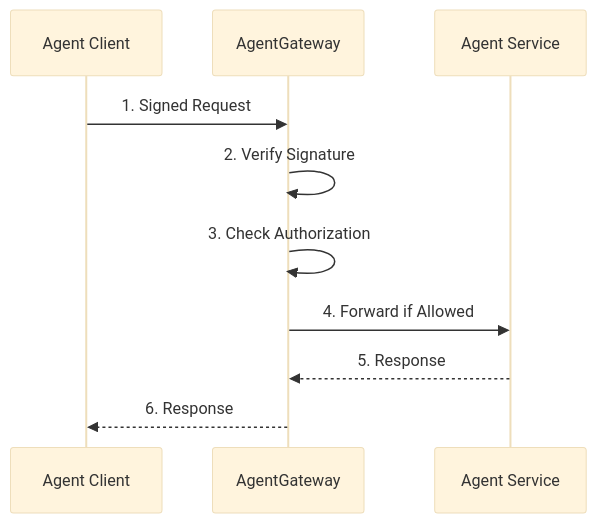
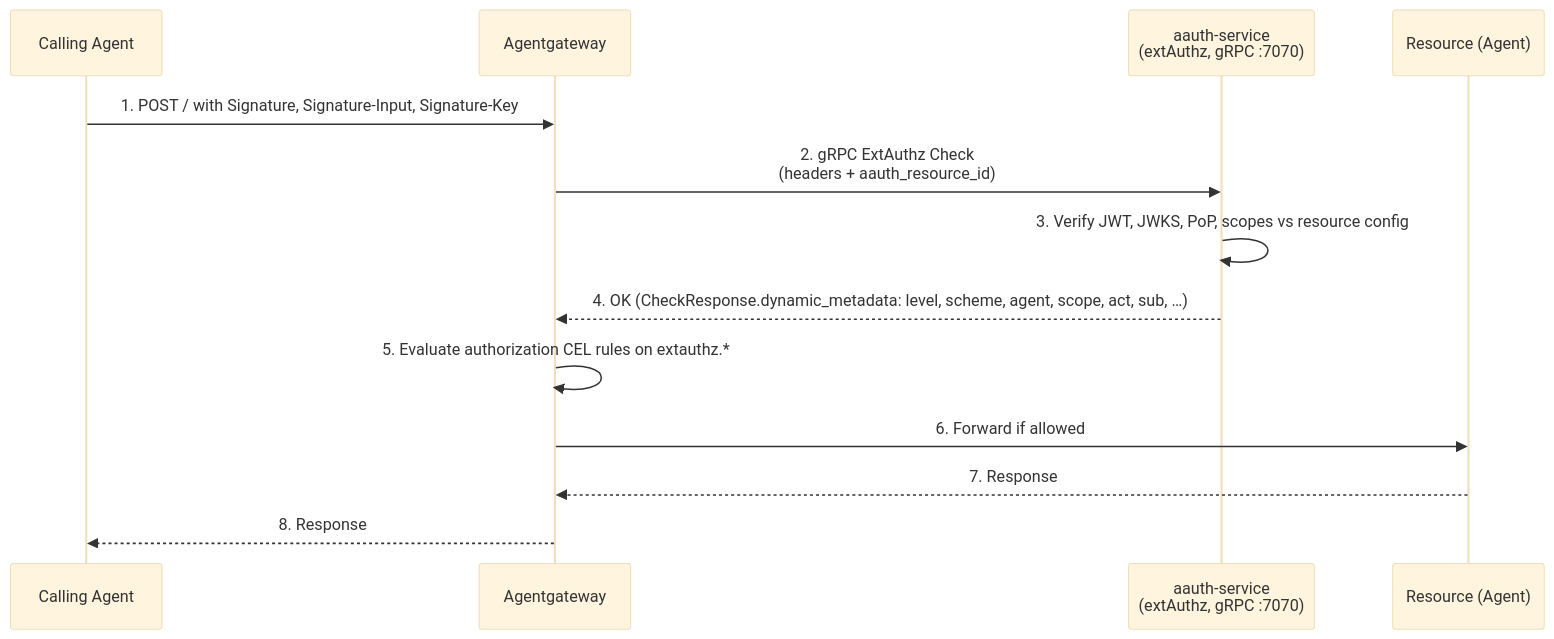
Before and after one commit to christian-posta/aauth-full-demo: the diagram in docs/apply-policy-agentgateway.md, drawn with Mermaid (base theme). The commit also changed other lines of this file, not shown here.

````diff
--- a/docs/apply-policy-agentgateway.md
+++ b/docs/apply-policy-agentgateway.md
@@ -23,13 +30,16 @@
 ```mermaid
 sequenceDiagram
-    participant Client as Agent Client
-    participant AGW as AgentGateway
-    participant Backend as Agent Service
-    
-    Client->>AGW: 1. Signed Request
-    AGW->>AGW: 2. Verify Signature
-    AGW->>AGW: 3. Check Authorization
-    AGW->>Backend: 4. Forward if Allowed
-    Backend-->>AGW: 5. Response
-    AGW-->>Client: 6. Response
+  participant Caller as Calling Agent
+  participant AGW as Agentgateway
+  participant AAuth as aauth-service<br/>(extAuthz, gRPC :7070)
+  participant Resource as Resource (Agent)
+
+  Caller->>AGW: 1. POST / with Signature, Signature-Input, Signature-Key
+  AGW->>AAuth: 2. gRPC ExtAuthz Check<br/>(headers + aauth_resource_id)
+  AAuth->>AAuth: 3. Verify JWT, JWKS, PoP, scopes vs resource config
+  AAuth-->>AGW: 4. OK (CheckResponse.dynamic_metadata: level, scheme, agent, scope, act, sub, …)
+  AGW->>AGW: 5. Evaluate authorization CEL rules on extauthz.*
+  AGW->>Resource: 6. Forward if allowed
+  Resource-->>AGW: 7. Response
+  AGW-->>Caller: 8. Response
 ```
````
